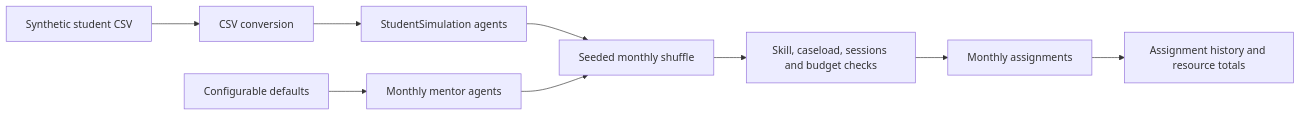
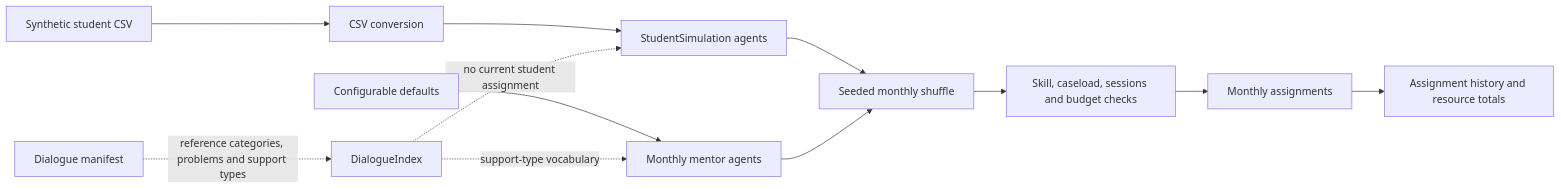
One commit to Shuniy/Prevent-Dropout-with-Limited-Tutor-Interventions changed the first of 2 diagrams in README.md. Above: the diagram before and after it, drawn with Mermaid. The commit also changed other lines of this file and 6 other files, not shown here.

````diff
--- a/README.md
+++ b/README.md
@@ -143,11 +165,14 @@
 ```mermaid
 flowchart LR
     A[Synthetic student CSV] --> B[CSV conversion]
     B --> C[StudentSimulation agents]
     D[Configurable defaults] --> E[Monthly mentor agents]
+    J[Dialogue manifest] -. reference categories, problems and support types .-> K[DialogueIndex]
+    K -. no current student assignment .-> C
+    K -. support-type vocabulary .-> E
     C --> F[Seeded monthly shuffle]
     E --> F
     F --> G[Skill, caseload, sessions and budget checks]
     G --> H[Monthly assignments]
     H --> I[Assignment history and resource totals]
 ```
````
